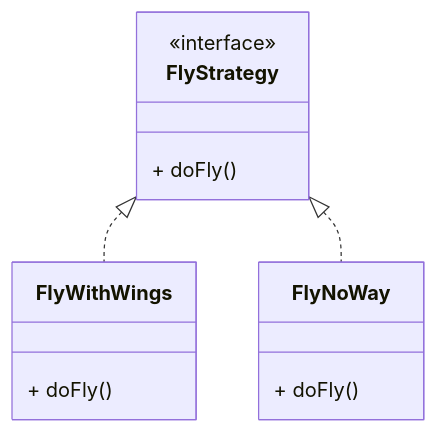
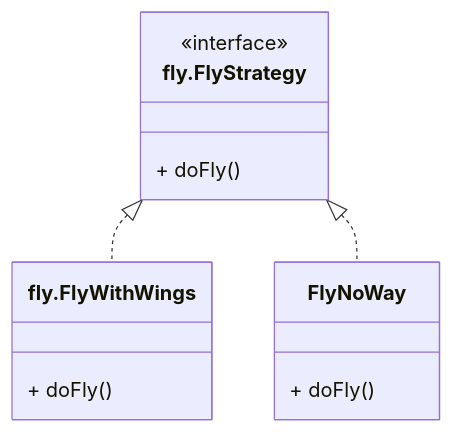
Before and after one commit to Dltmd202/Java-Spring-Study: the sixth of 8 diagrams in oop/strategyPattern/README.md, drawn with Mermaid. The commit also changed other lines of this file and 37 other files, not shown here.

````diff
--- a/oop/strategyPattern/README.md
+++ b/oop/strategyPattern/README.md
@@ -213,18 +213,18 @@
 ```mermaid
 classDiagram
-FlyStrategy <|.. FlyWithWings
-FlyStrategy <|.. FlyNoWay
+fly.FlyStrategy <|.. fly.FlyWithWings
+fly.FlyStrategy <|.. FlyNoWay
 
-class FlyStrategy{
+class fly.FlyStrategy{
     <<interface>>
     + doFly()
 }
 
-class FlyWithWings{
+class fly.FlyWithWings{
     + doFly()
 }
 
 class FlyNoWay{
     + doFly()
 }
 ```
````
